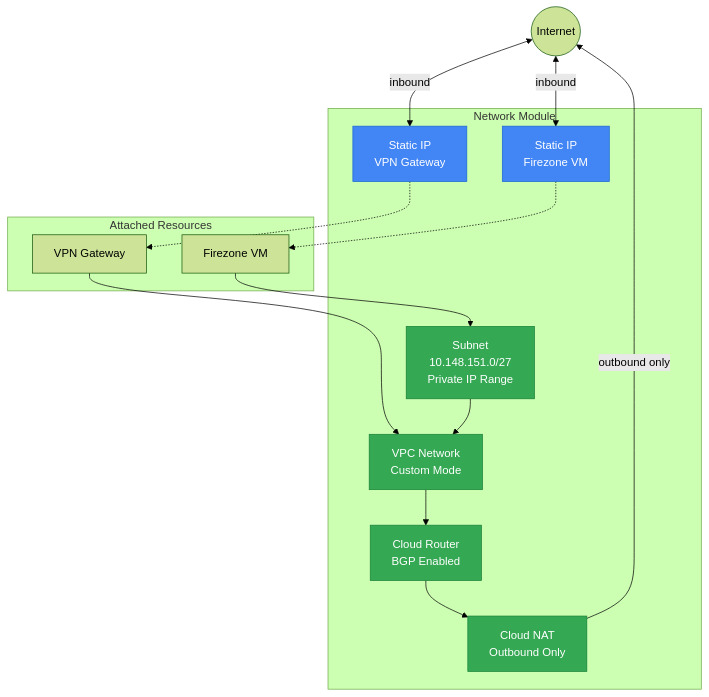
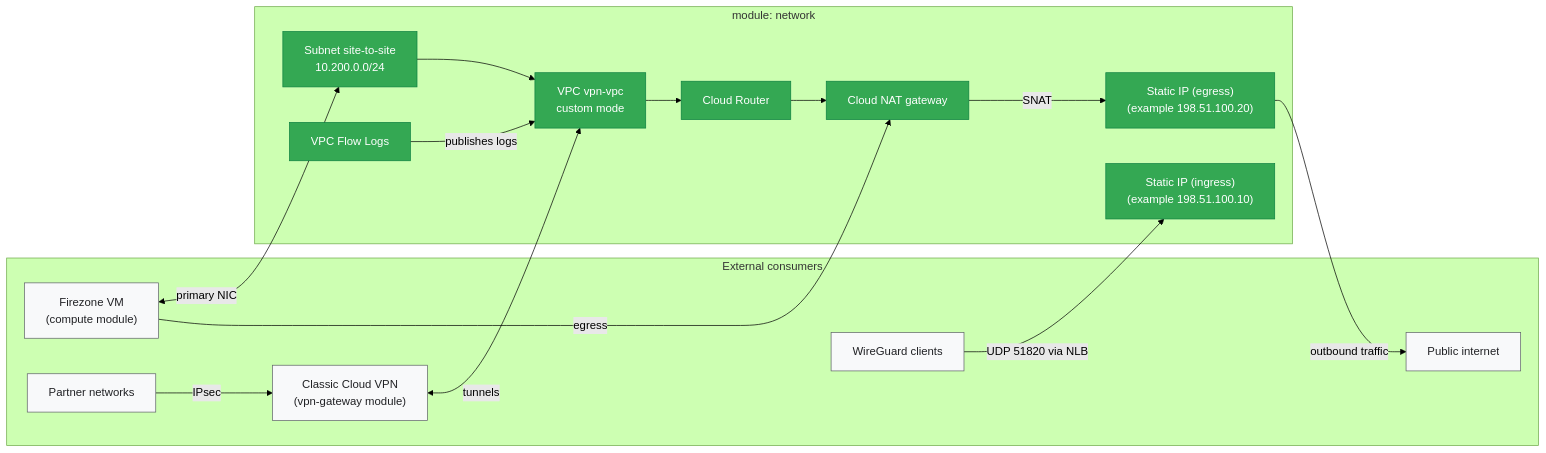
Before and after one commit to dieguezz/terraform-gcp-vpn: the diagram in modules/network/README.md, drawn with Mermaid (forest theme). The commit also changed 3 other files, not shown here.

````diff
--- a/modules/network/README.md
+++ b/modules/network/README.md
@@ -8,35 +8,43 @@
 ```mermaid
-graph TB
-    Internet((Internet))
-    
-    subgraph Network Module
-        VPC[VPC Network<br/>Custom Mode]
-        Subnet[Subnet<br/>10.148.151.0/27<br/>Private IP Range]
-        Router[Cloud Router<br/>BGP Enabled]
-        NAT[Cloud NAT<br/>Outbound Only]
-        IP1[Static IP<br/>VPN Gateway]
-        IP2[Static IP<br/>Firezone VM]
+flowchart LR
+    %% External consumers of the network
+    subgraph External["External consumers"]
+        FirezoneVM["Firezone VM<br/>(compute module)"]
+        ClassicVPN["Classic Cloud VPN<br/>(vpn-gateway module)"]
+        RemoteUsers["WireGuard clients"]
+        PartnerNetworks["Partner networks"]
+        PublicInternet["Public internet"]
     end
-    
-    subgraph Attached Resources
-        VM[Firezone VM]
-        Gateway[VPN Gateway]
+
+    %% Network resources managed by this module
+    subgraph NetworkModule["module: network"]
+        VPC["VPC vpn-vpc<br/>custom mode"]
+        SiteToSiteSubnet["Subnet site-to-site<br/>10.200.0.0/24"]
+        CloudRouter["Cloud Router"]
+        CloudNAT["Cloud NAT gateway"]
+        StaticIngressIP["Static IP (ingress)<br/>(example 198.51.100.10)"]
+        StaticEgressIP["Static IP (egress)<br/>(example 198.51.100.20)"]
+        FlowLogs["VPC Flow Logs"]
     end
-    
-    Internet <-->|inbound| IP1
-    Internet <-->|inbound| IP2
-    IP1 -.-> Gateway
-    IP2 -.-> VM
-    Gateway --> VPC
-    VM --> Subnet
-    Subnet --> VPC
-    VPC --> Router
-    Router --> NAT
-    NAT -->|outbound only| Internet
-    
-    classDef networkResource fill:#34a853,stroke:#188038,color:#fff
-    classDef ipResource fill:#4285f4,stroke:#1967d2,color:#fff
-    
-    class VPC,Subnet,Router,NAT networkResource
-    class IP1,IP2 ipResource
+
+    %% Connectivity relationships
+    RemoteUsers -- "UDP 51820 via NLB" --> StaticIngressIP
+    FirezoneVM <-- "primary NIC" --> SiteToSiteSubnet
+    ClassicVPN <-- "tunnels" --> VPC
+    PartnerNetworks -- "IPsec" --> ClassicVPN
+    SiteToSiteSubnet --> VPC
+    VPC --> CloudRouter
+    CloudRouter --> CloudNAT
+    FirezoneVM -- "egress" --> CloudNAT
+    CloudNAT -- "SNAT" --> StaticEgressIP
+    StaticEgressIP -- "outbound traffic" --> PublicInternet
+    FlowLogs -- "publishes logs" --> VPC
+
+    %% Styling
+    classDef network fill:#34a853,stroke:#0c8040,color:#ffffff;
+    classDef external fill:#f8f9fa,stroke:#5f6368,color:#202124;
+    classDef control fill:#1a73e8,stroke:#174ea6,color:#ffffff;
+
+    class VPC,SiteToSiteSubnet,CloudRouter,CloudNAT,StaticIngressIP,StaticEgressIP,FlowLogs network;
+    class FirezoneVM,ClassicVPN,RemoteUsers,PartnerNetworks,PublicInternet external;
 ```
````
